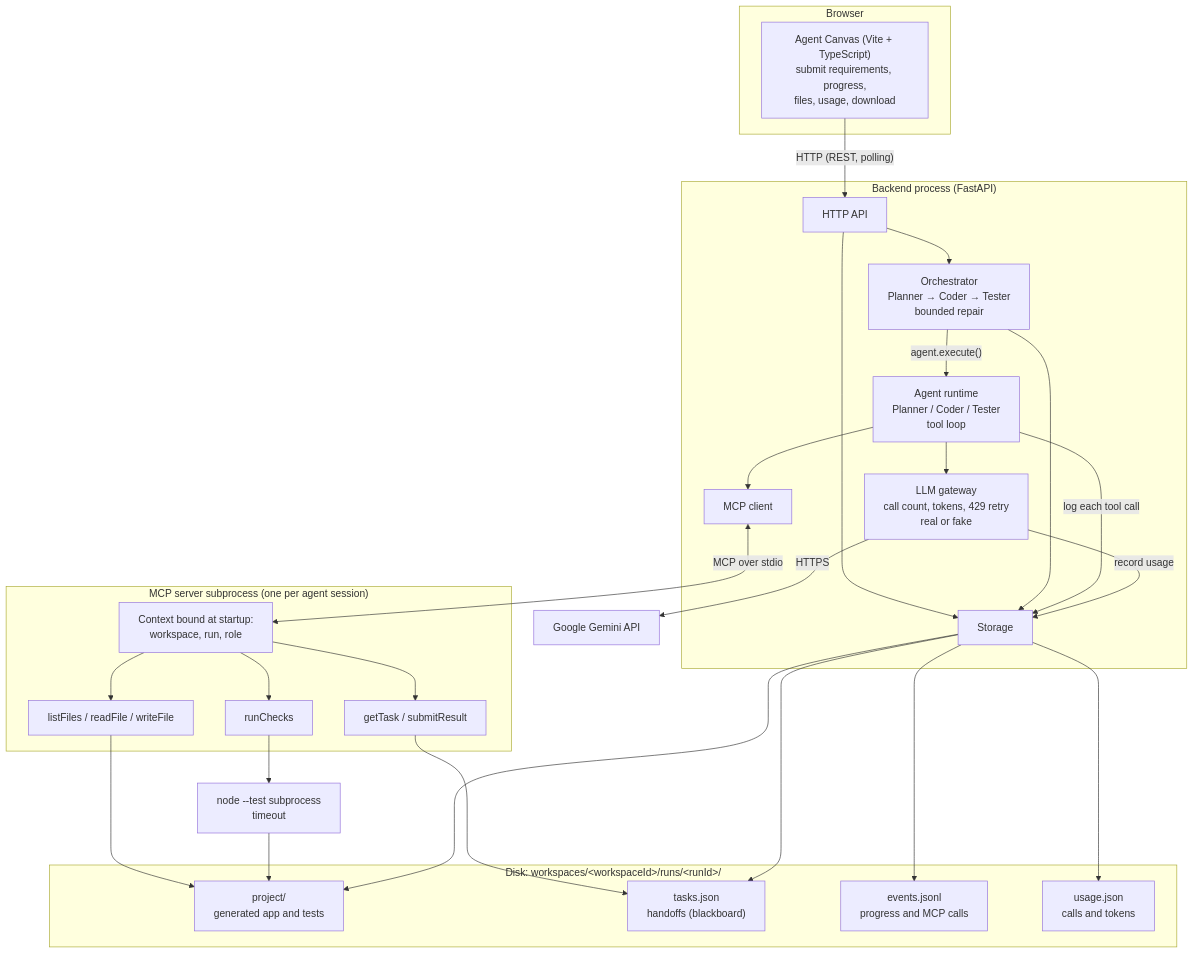
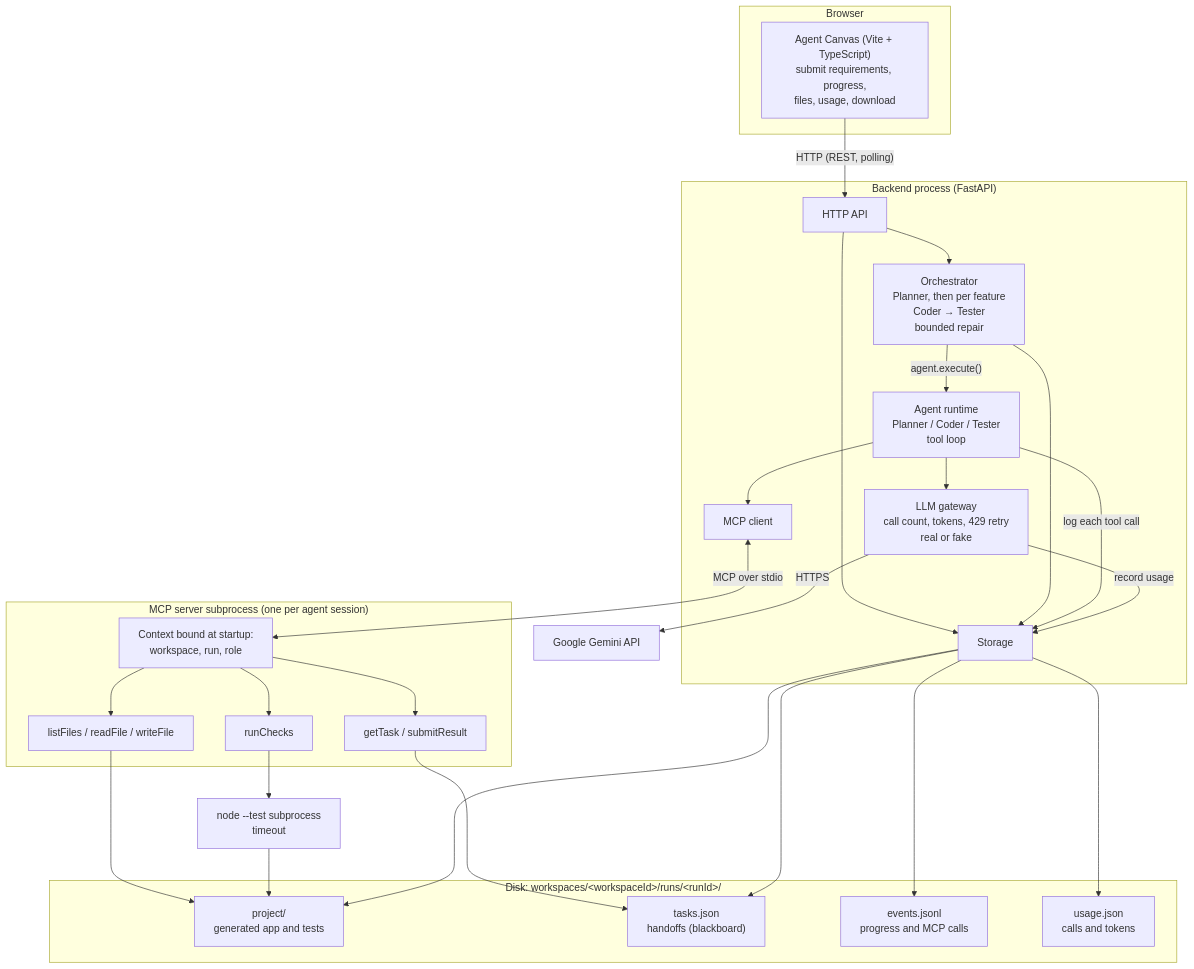
The diagram in docs/architecture.md (Oceankj/AI-Coder), drawn with Mermaid before and after one commit. The commit also changed other lines of this file and 18 other files, not shown here.

````diff
--- a/docs/architecture.md
+++ b/docs/architecture.md
@@ -26,56 +28,56 @@
 ```mermaid
 flowchart TD
     subgraph Browser["Browser"]
         UI["Agent Canvas (Vite + TypeScript)<br/>submit requirements, progress,<br/>files, usage, download"]
     end
 
     subgraph Backend["Backend process (FastAPI)"]
         API["HTTP API"]
-        O["Orchestrator<br/>Planner → Coder → Tester<br/>bounded repair"]
+        O["Orchestrator<br/>Planner, then per feature<br/>Coder → Tester<br/>bounded repair"]
         R["Agent runtime<br/>Planner / Coder / Tester<br/>tool loop"]
         L["LLM gateway<br/>call count, tokens, 429 retry<br/>real or fake"]
         MC["MCP client"]
         S["Storage"]
     end
 
     subgraph MCPProc["MCP server subprocess (one per agent session)"]
         M["Context bound at startup:<br/>workspace, run, role"]
         H["getTask / submitResult"]
         F["listFiles / readFile / writeFile"]
         X["runChecks"]
     end
 
     N["node --test subprocess<br/>timeout"]
 
     subgraph Disk["Disk: workspaces/&lt;workspaceId&gt;/runs/&lt;runId&gt;/"]
         P["project/<br/>generated app and tests"]
         T["tasks.json<br/>handoffs (blackboard)"]
         E["events.jsonl<br/>progress and MCP calls"]
         U["usage.json<br/>calls and tokens"]
     end
 
     G["Google Gemini API"]
 
     UI -->|"HTTP (REST, polling)"| API
     API --> O
     O -->|"agent.execute()"| R
     R --> L
     L -->|HTTPS| G
     R --> MC
     MC <-->|"MCP over stdio"| M
     M --> H
     M --> F
     M --> X
     X --> N
     H --> T
     F --> P
     N --> P
     API --> S
     O --> S
     R -->|log each tool call| S
     L -->|record usage| S
     S --> T
     S --> E
     S --> U
     S --> P
 ```
````
